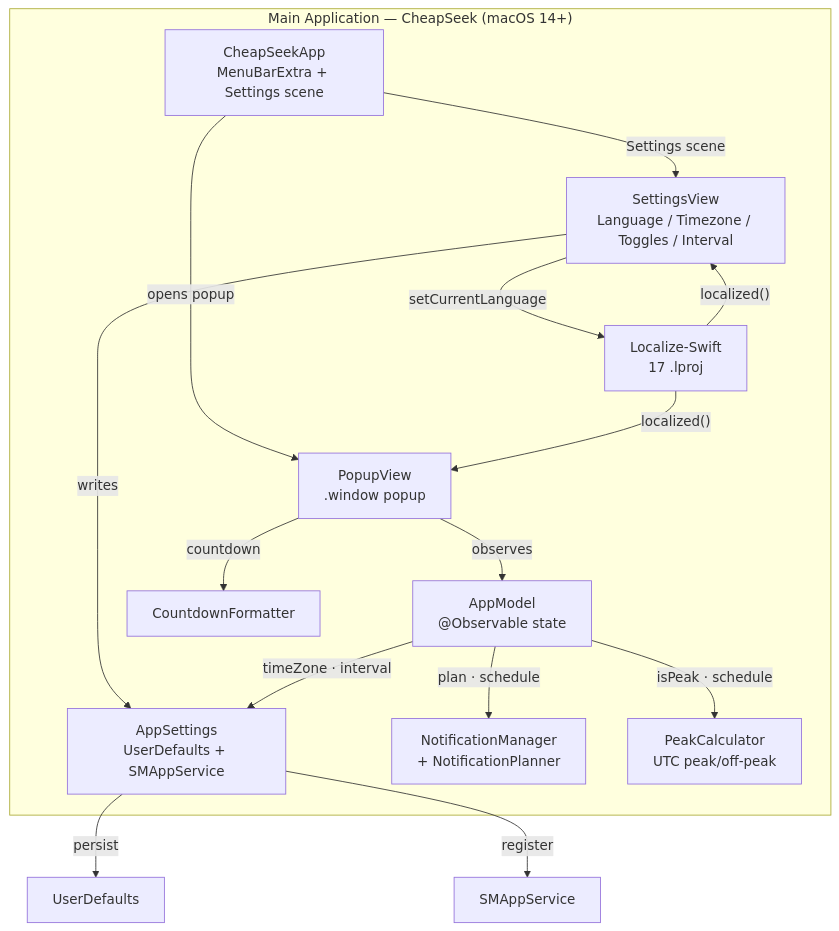
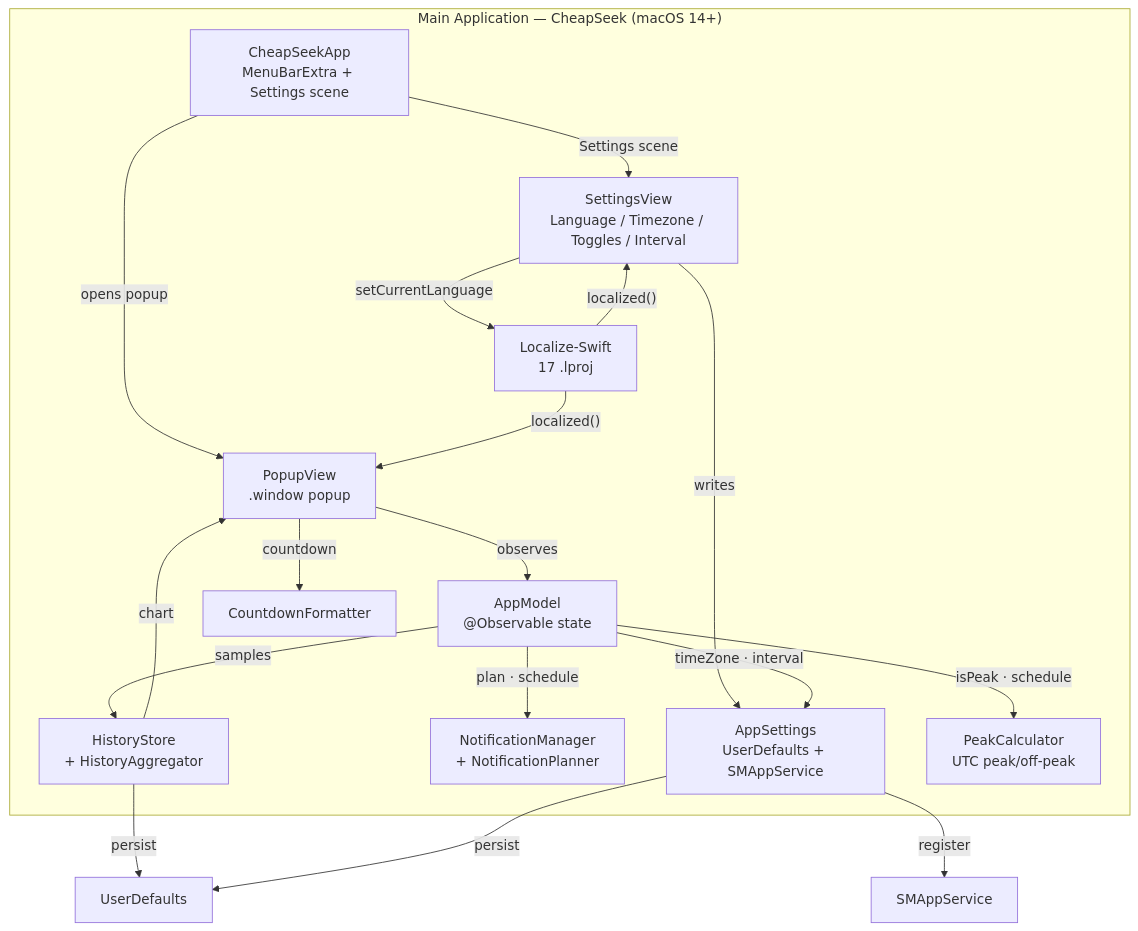
One commit to mahirfatih/cheapseek changed the diagram in README.md. Above: the diagram before and after it, drawn with Mermaid. The commit also changed other lines of this file and 34 other files, not shown here.

Commit message:
Add event-based history store backed by UserDefaults

````diff
--- a/README.md
+++ b/README.md
@@ -47,28 +57,32 @@
 ```mermaid
 graph TD
     subgraph App["Main Application — CheapSeek (macOS 14+)"]
         Entry["CheapSeekApp<br/>MenuBarExtra + Settings scene"]
         Popup["PopupView<br/>.window popup"]
         Settings["SettingsView<br/>Language / Timezone / Toggles / Interval"]
         Model["AppModel<br/>@Observable state"]
         Config["AppSettings<br/>UserDefaults + SMAppService"]
         Notify["NotificationManager<br/>+ NotificationPlanner"]
+        History["HistoryStore<br/>+ HistoryAggregator"]
         Core["PeakCalculator<br/>UTC peak/off-peak"]
         Fmt["CountdownFormatter"]
         L10n["Localize-Swift<br/>17 .lproj"]
     end
 
     Entry -->|"opens popup"| Popup
     Entry -->|"Settings scene"| Settings
     Popup -->|"observes"| Model
     Popup -->|"countdown"| Fmt
     Settings -->|"writes"| Config
     Settings -->|"setCurrentLanguage"| L10n
     Model -->|"isPeak · schedule"| Core
     Model -->|"timeZone · interval"| Config
     Model -->|"plan · schedule"| Notify
+    Model -->|"samples"| History
+    History -->|"chart"| Popup
+    History -->|"persist"| Store["UserDefaults"]
     Config -->|"persist"| Store["UserDefaults"]
     Config -->|"register"| SM["SMAppService"]
     L10n -->|"localized()"| Popup
     L10n -->|"localized()"| Settings
 ```
````
